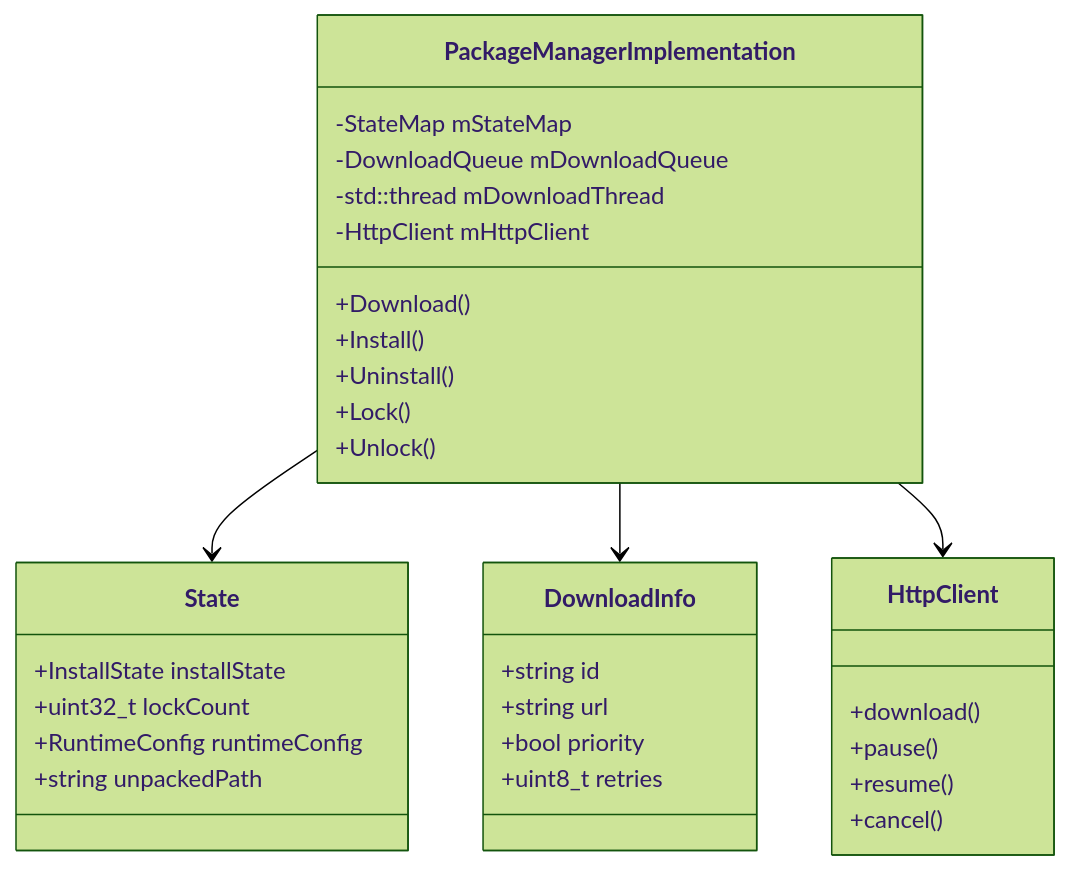
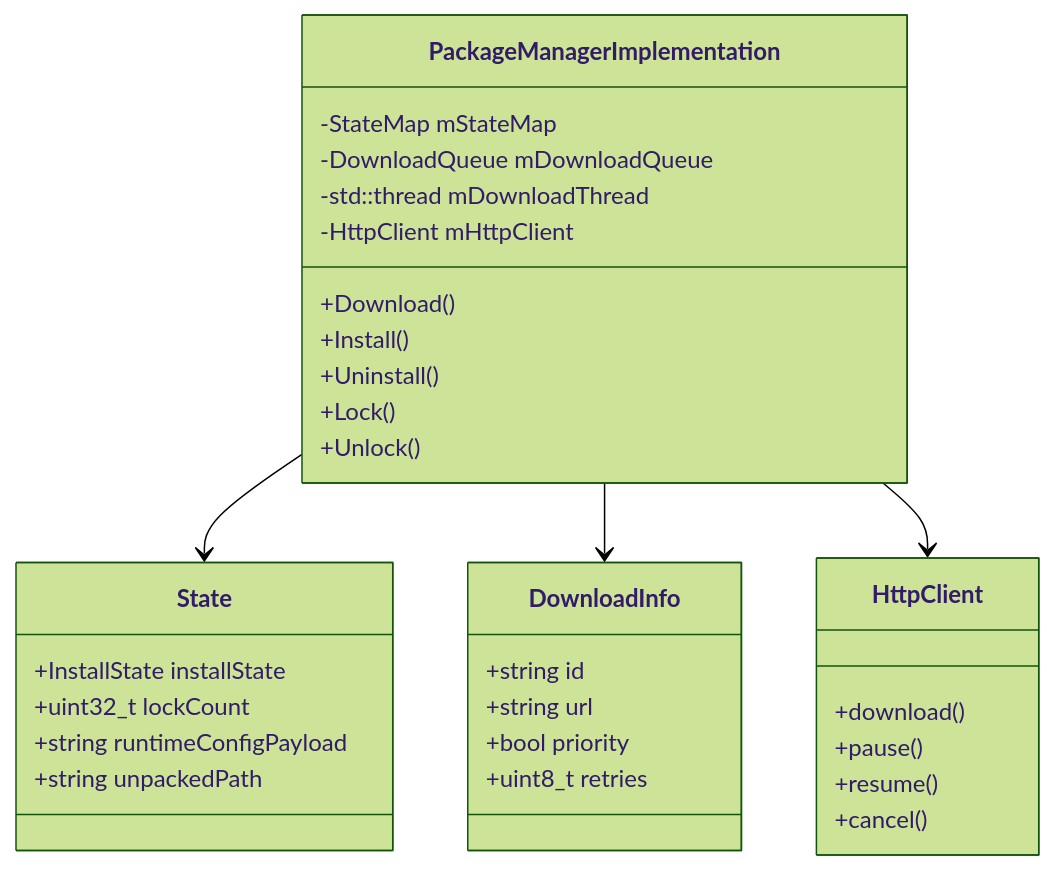
The third of 8 diagrams in PackageManager/PackageManager.md (rdkcentral/entservices-appmanagers), drawn with Mermaid (forest theme) before and after one commit. The commit also changed other lines of this file and 77 other files, not shown here.

Commit message:
RDKEMW-24163: Refactor AppManager runtime config into a mutable blob

````diff
--- a/PackageManager/PackageManager.md
+++ b/PackageManager/PackageManager.md
@@ -302,39 +302,39 @@
 ```mermaid
 classDiagram
     class PackageManagerImplementation {
         -StateMap mStateMap
         -DownloadQueue mDownloadQueue
         -std::thread mDownloadThread
         -HttpClient mHttpClient
         +Download()
         +Install()
         +Uninstall()
         +Lock()
         +Unlock()
     }
 
     class State {
         +InstallState installState
         +uint32_t lockCount
-        +RuntimeConfig runtimeConfig
+        +string runtimeConfigPayload
         +string unpackedPath
     }
 
     class DownloadInfo {
         +string id
         +string url
         +bool priority
         +uint8_t retries
     }
 
     class HttpClient {
         +download()
         +pause()
         +resume()
         +cancel()
     }
 
     PackageManagerImplementation --> State
     PackageManagerImplementation --> DownloadInfo
     PackageManagerImplementation --> HttpClient
 ```
````
